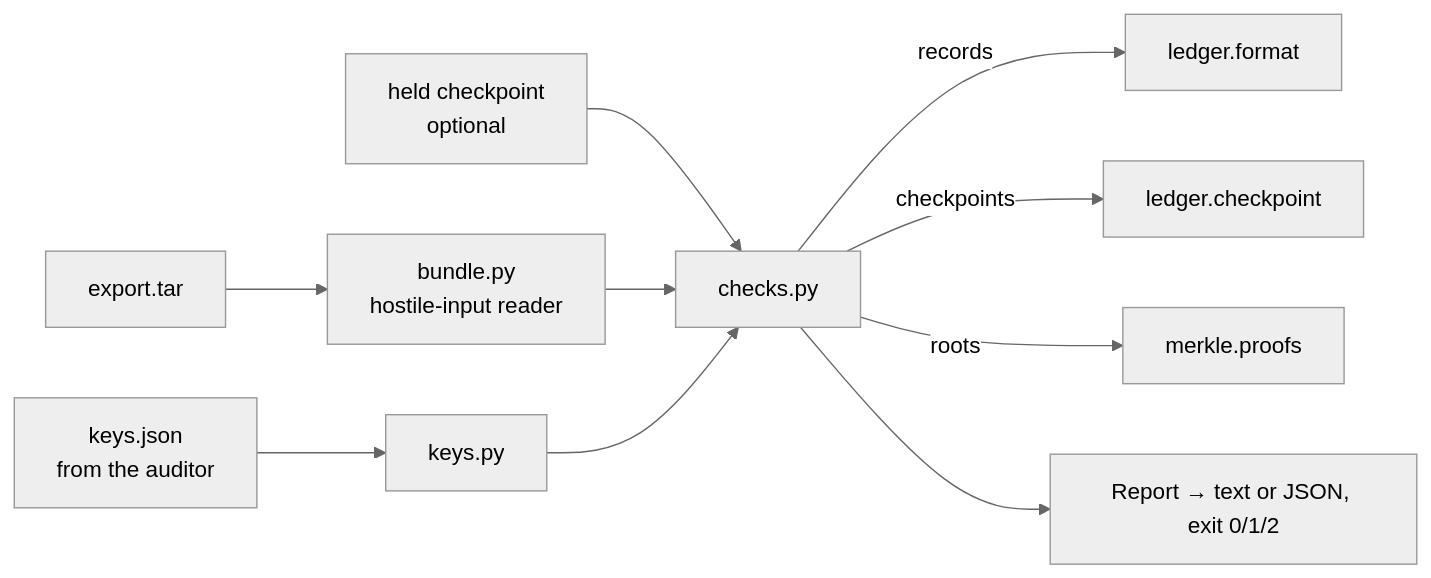
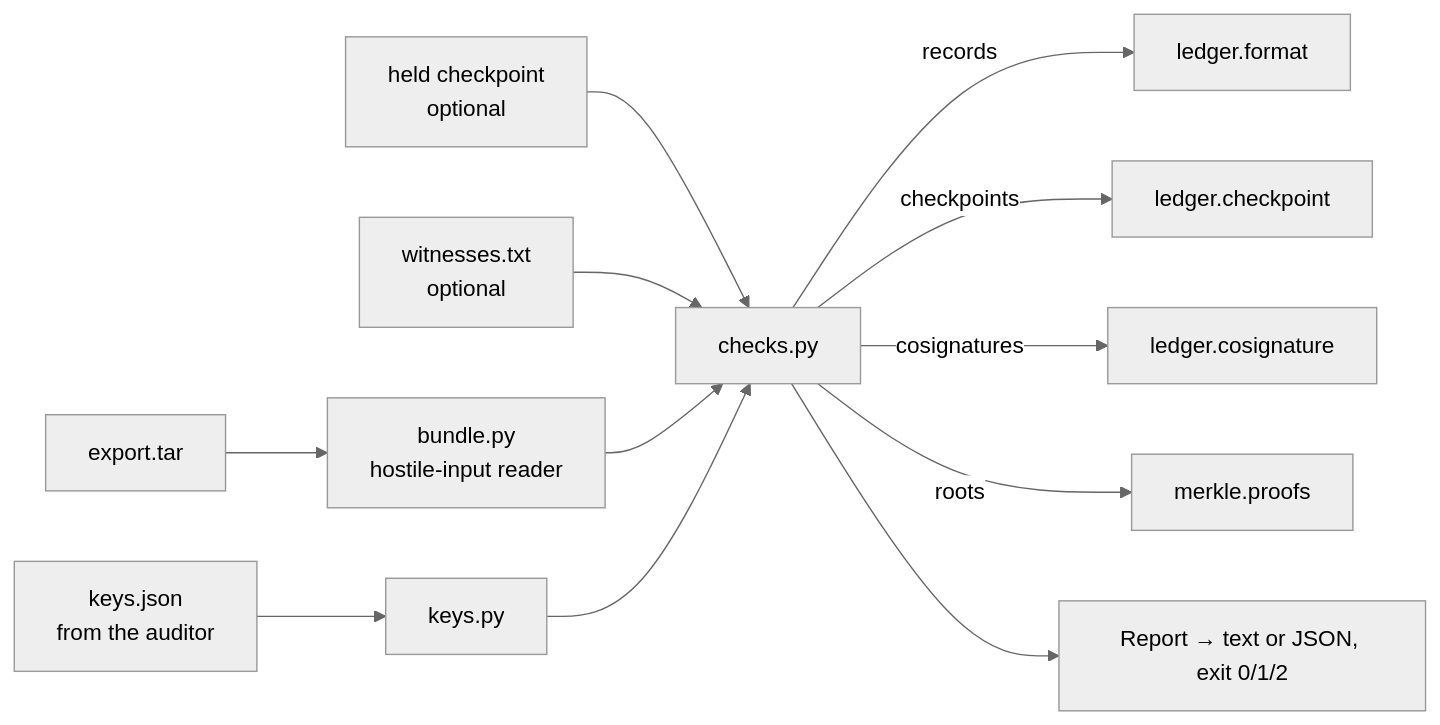
One commit to mhafeezajh/precept-ledger-meta changed the diagram in docs/modules/verify.md. Above: the diagram before and after it, drawn with Mermaid (neutral theme). The commit also changed other lines of this file and 9 other files, not shown here.

Commit message:
docs: add witness module doc, decisions D38-D43, architecture change log, README status

````diff
--- a/docs/modules/verify.md
+++ b/docs/modules/verify.md
@@ -32,12 +33,14 @@
 ```mermaid
 flowchart LR
     T[export.tar] --> B[bundle.py<br/>hostile-input reader]
     K[keys.json<br/>from the auditor] --> KS[keys.py]
     H[held checkpoint<br/>optional] --> C
+    W[witnesses.txt<br/>optional] --> C
     B --> C[checks.py]
     KS --> C
     C -->|records| F[ledger.format]
     C -->|checkpoints| CP[ledger.checkpoint]
+    C -->|cosignatures| CS[ledger.cosignature]
     C -->|roots| M[merkle.proofs]
     C --> R[Report → text or JSON, exit 0/1/2]
 ```
````
